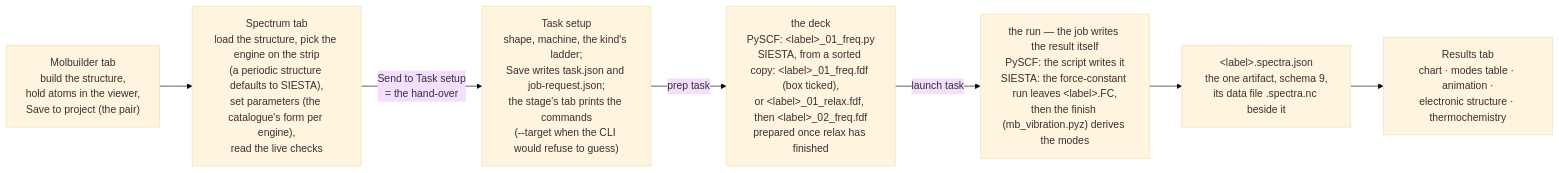
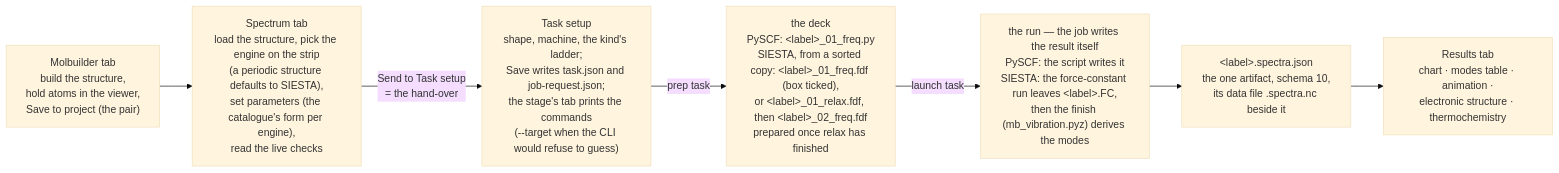
Before and after one commit to Qing-LAB/molbuilder: the first of 2 diagrams in docs/engines/vibration.md, drawn with Mermaid (base theme). The commit also changed other lines of this file and 130 other files, not shown here.

````diff
--- a/docs/engines/vibration.md
+++ b/docs/engines/vibration.md
@@ -185,9 +185,9 @@
 ```mermaid
 flowchart LR
   M["Molbuilder tab<br/>build the structure,<br/>hold atoms in the viewer,<br/>Save to project (the pair)"] --> S["Spectrum tab<br/>load the structure, pick the engine on the strip<br/>(a periodic structure defaults to SIESTA),<br/>set parameters (the catalogue's form per engine),<br/>read the live checks"]
   S -->|"Send to Task setup<br/>= the hand-over"| T["Task setup<br/>shape, machine, the kind's ladder;<br/>Save writes task.json and job-request.json;<br/>the stage's tab prints the commands<br/>(--target when the CLI would refuse to guess)"]
   T -->|"prep task"| P["the deck<br/>PySCF: &lt;label&gt;_01_freq.py<br/>SIESTA, from a sorted copy: &lt;label&gt;_01_freq.fdf (box ticked),<br/>or &lt;label&gt;_01_relax.fdf, then &lt;label&gt;_02_freq.fdf<br/>prepared once relax has finished"]
   P -->|"launch task"| R["the run — the job writes the result itself<br/>PySCF: the script writes it<br/>SIESTA: the force-constant run leaves &lt;label&gt;.FC,<br/>then the finish (mb_vibration.pyz) derives the modes"]
-  R --> A["&lt;label&gt;.spectra.json<br/>the one artifact, schema 9,<br/>its data file .spectra.nc beside it"]
+  R --> A["&lt;label&gt;.spectra.json<br/>the one artifact, schema 10,<br/>its data file .spectra.nc beside it"]
   A --> V["Results tab<br/>chart · modes table · animation ·<br/>electronic structure · thermochemistry"]
 ```
````
